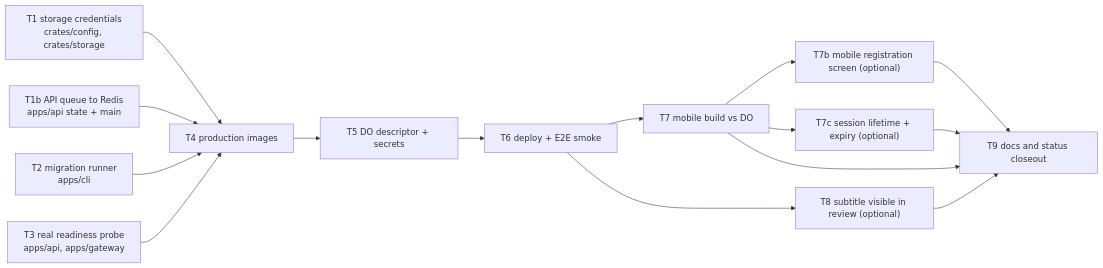
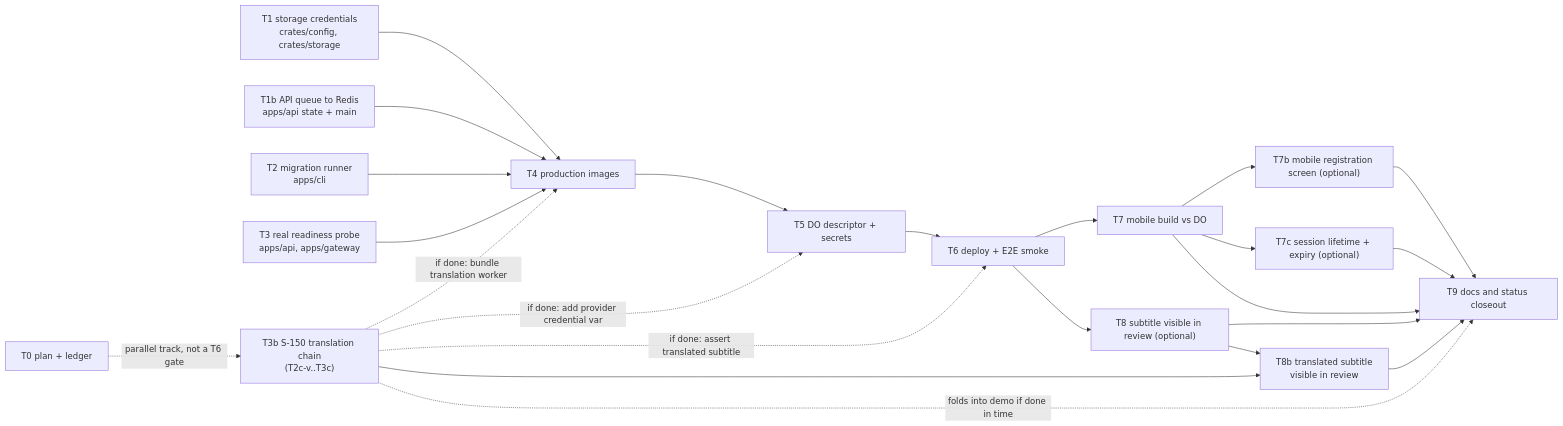
Before and after one commit to krukmat/dubbridge: the second of 2 diagrams in docs/plan/s-230-poc-v1-digitalocean.md, drawn with Mermaid. The commit also changed other lines of this file and 4 other files, not shown here.

First line of the commit message:
S-230 scope amendment: reopen S-150 translation chain as S-230-T3b/T8b

````diff
--- a/docs/plan/s-230-poc-v1-digitalocean.md
+++ b/docs/plan/s-230-poc-v1-digitalocean.md
@@ -553,17 +590,25 @@
 ```mermaid
 flowchart LR
     T1["T1 storage credentials<br/>crates/config, crates/storage"] --> T4
     T1b["T1b API queue to Redis<br/>apps/api state + main"] --> T4
     T2["T2 migration runner<br/>apps/cli"] --> T4
     T3["T3 real readiness probe<br/>apps/api, apps/gateway"] --> T4
     T4["T4 production images"] --> T5["T5 DO descriptor + secrets"]
     T5 --> T6["T6 deploy + E2E smoke"]
     T6 --> T7["T7 mobile build vs DO"]
     T6 --> T8["T8 subtitle visible in review (optional)"]
     T7 --> T7b["T7b mobile registration screen (optional)"]
     T7 --> T7c["T7c session lifetime + expiry (optional)"]
     T7 --> T9["T9 docs and status closeout"]
     T8 --> T9
     T7b --> T9
     T7c --> T9
+    T0["T0 plan + ledger"] -.parallel track, not a T6 gate.-> T3b["T3b S-150 translation chain<br/>(T2c-v..T3c)"]
+    T3b -.if done: bundle translation worker.-> T4
+    T3b -.if done: add provider credential var.-> T5
+    T3b -.if done: assert translated subtitle.-> T6
+    T3b --> T8b["T8b translated subtitle<br/>visible in review"]
+    T8 --> T8b
+    T8b --> T9
+    T3b -.folds into demo if done in time.-> T9
 ```
````
